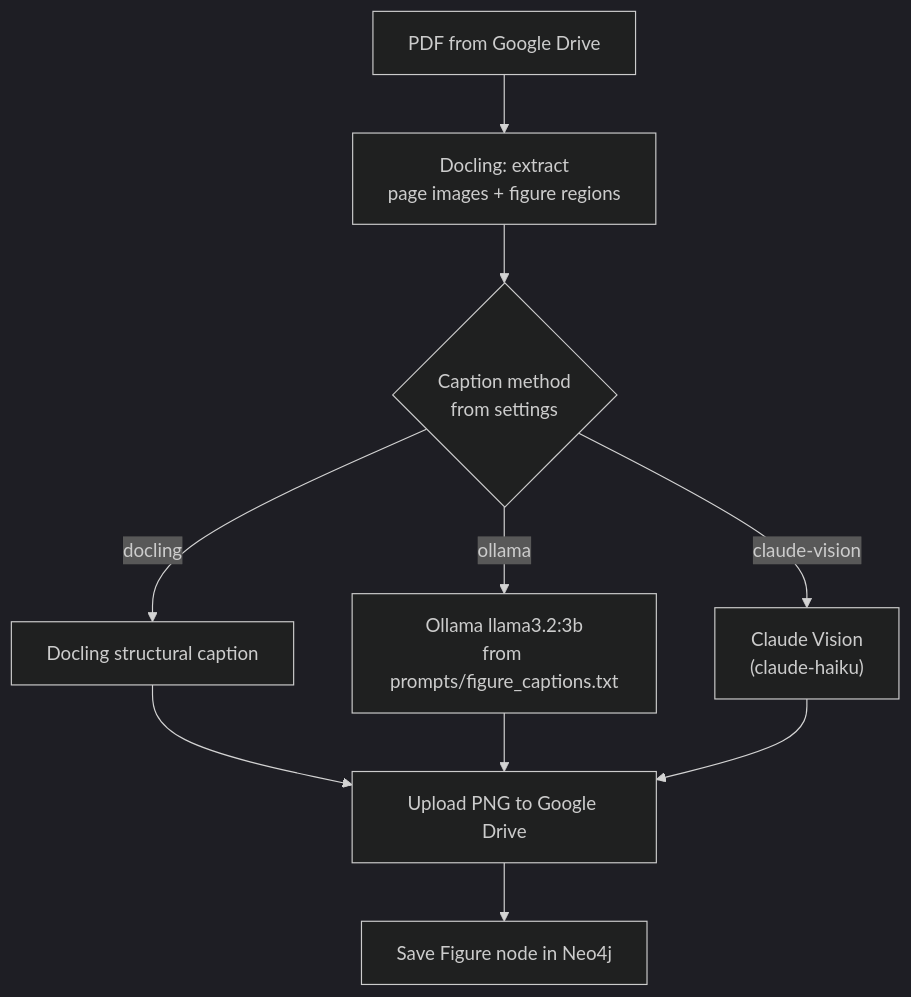
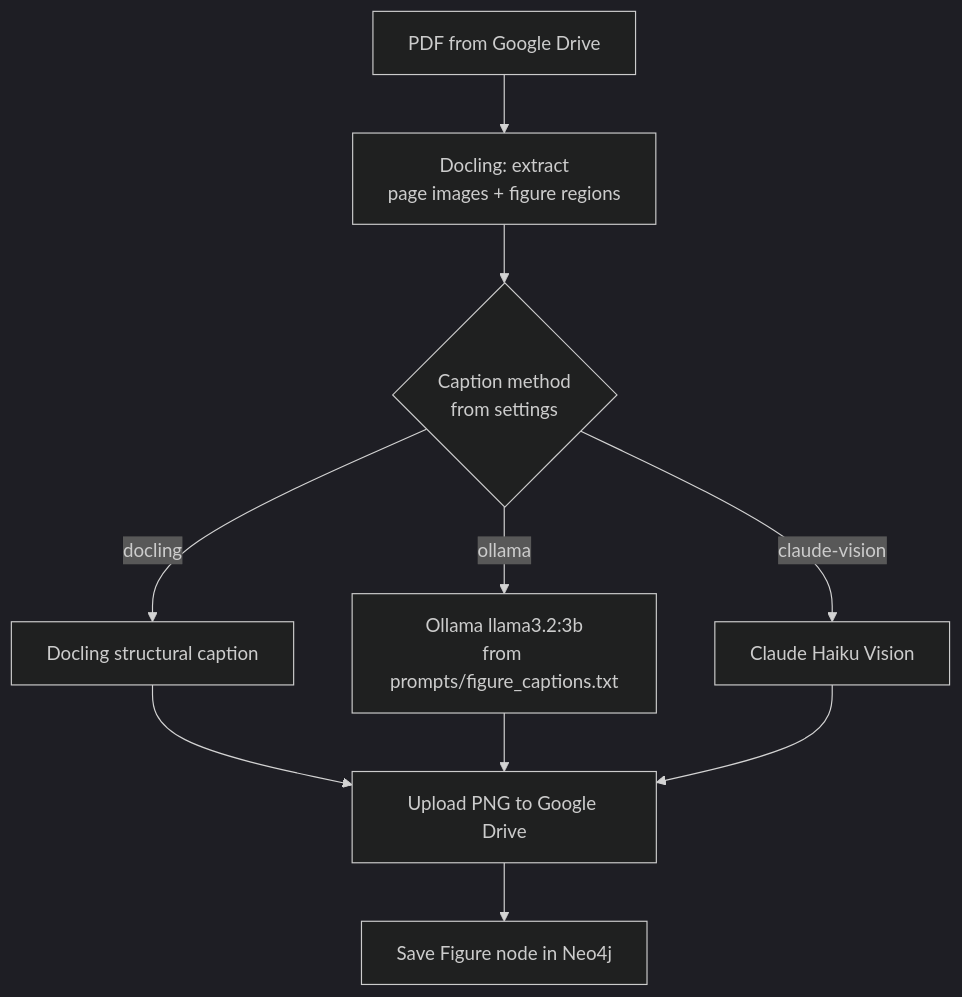
One commit to NiklasAbraham/PaperManager changed the ninth of 14 diagrams in docs/technical/ai-pipelines.md. Above: the diagram before and after it, drawn with Mermaid (dark theme). The commit also changed other lines of this file and 43 other files, not shown here.

````diff
--- a/docs/technical/ai-pipelines.md
+++ b/docs/technical/ai-pipelines.md
@@ -148,12 +184,12 @@
 ```mermaid
 flowchart TD
     PDF["PDF from Google Drive"] --> Docling["Docling: extract\npage images + figure regions"]
     Docling --> Method{Caption method\nfrom settings}
     Method -->|"docling"| DocCaption["Docling structural caption"]
     Method -->|"ollama"| OllamaCaption["Ollama llama3.2:3b\nfrom prompts/figure_captions.txt"]
-    Method -->|"claude-vision"| ClaudeCaption["Claude Vision\n(claude-haiku)"]
+    Method -->|"claude-vision"| ClaudeCaption["Claude Haiku Vision"]
     DocCaption --> Upload["Upload PNG to Google Drive"]
     OllamaCaption --> Upload
     ClaudeCaption --> Upload
     Upload --> DB["Save Figure node in Neo4j"]
 ```
````
